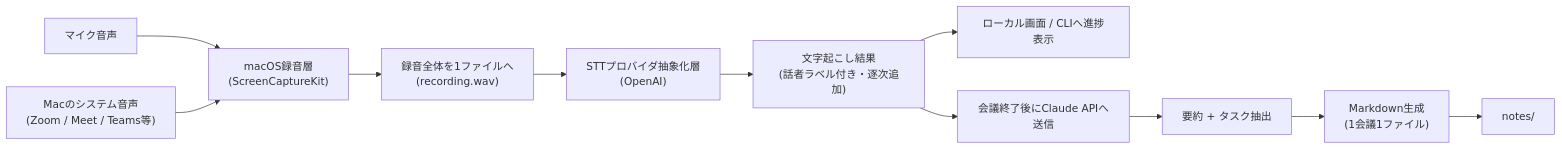
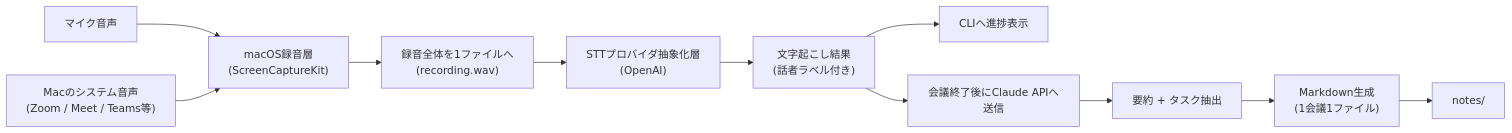
One commit to knk1313/local-meeting-notes changed the diagram in README.md. Above: the diagram before and after it, drawn with Mermaid. The commit also changed other lines of this file and 4 other files, not shown here.

````diff
--- a/README.md
+++ b/README.md
@@ -30,13 +30,13 @@
 ```mermaid
 flowchart LR
     A[マイク音声] --> C["macOS録音層<br/>(ScreenCaptureKit)"]
     B["Macのシステム音声<br/>(Zoom / Meet / Teams等)"] --> C
     C --> D["録音全体を1ファイルへ<br/>(recording.wav)"]
     D --> E["STTプロバイダ抽象化層<br/>(OpenAI)"]
-    E --> F["文字起こし結果<br/>(話者ラベル付き・逐次追加)"]
-    F --> G["ローカル画面 / CLIへ進捗表示"]
+    E --> F["文字起こし結果<br/>(話者ラベル付き)"]
+    F --> G[CLIへ進捗表示]
     F --> I["会議終了後にClaude APIへ送信"]
     I --> J[要約 + タスク抽出]
     J --> K["Markdown生成<br/>(1会議1ファイル)"]
     K --> L[notes/]
 ```
````
